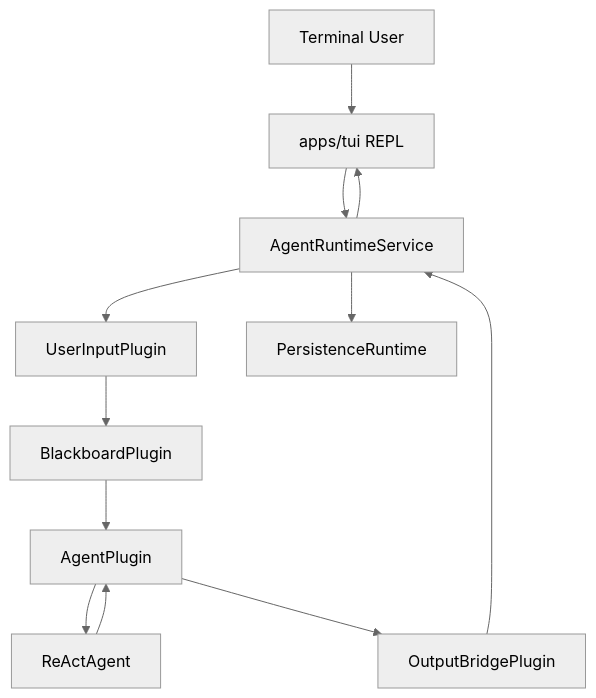
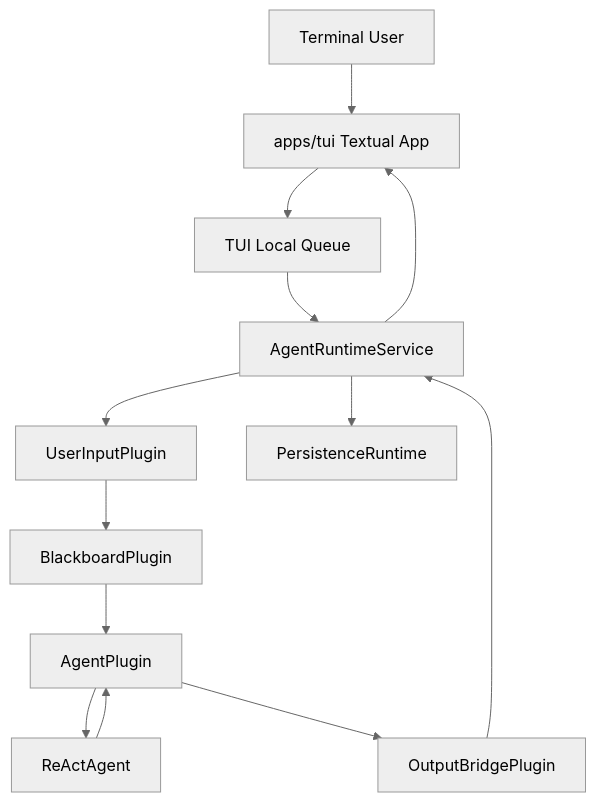
One commit to Removel/Icarus changed the diagram in apps/agent/docs/arch/agent-runtime-service-tui-design.md. Above: the diagram before and after it, drawn with Mermaid (neutral theme). The commit also changed other lines of this file and 11 other files, not shown here.

Commit message:
docs(tui): document textual terminal workflow

````diff
--- a/apps/agent/docs/arch/agent-runtime-service-tui-design.md
+++ b/apps/agent/docs/arch/agent-runtime-service-tui-design.md
@@ -39,24 +52,26 @@
 ```mermaid
 flowchart TD
     U["Terminal User"]
-    T["apps/tui REPL"]
+    T["apps/tui Textual App"]
+    Q["TUI Local Queue"]
     S["AgentRuntimeService"]
     I["UserInputPlugin"]
     B["BlackboardPlugin"]
     A["AgentPlugin"]
     R["ReActAgent"]
     O["OutputBridgePlugin"]
     P["PersistenceRuntime"]
 
     U --> T
-    T --> S
+    T --> Q
+    Q --> S
     S --> I
     I --> B
     B --> A
     A --> R
     R --> A
     A --> O
     O --> S
     S --> T
     S --> P
 ```
````
